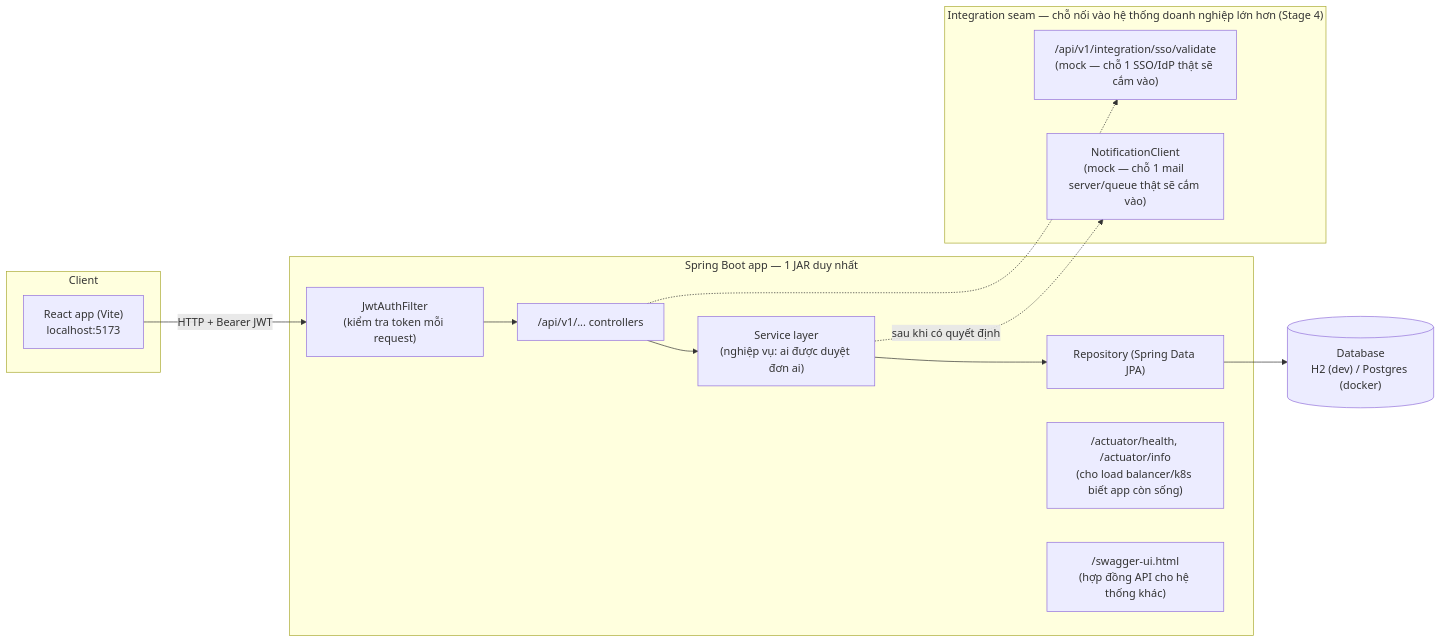
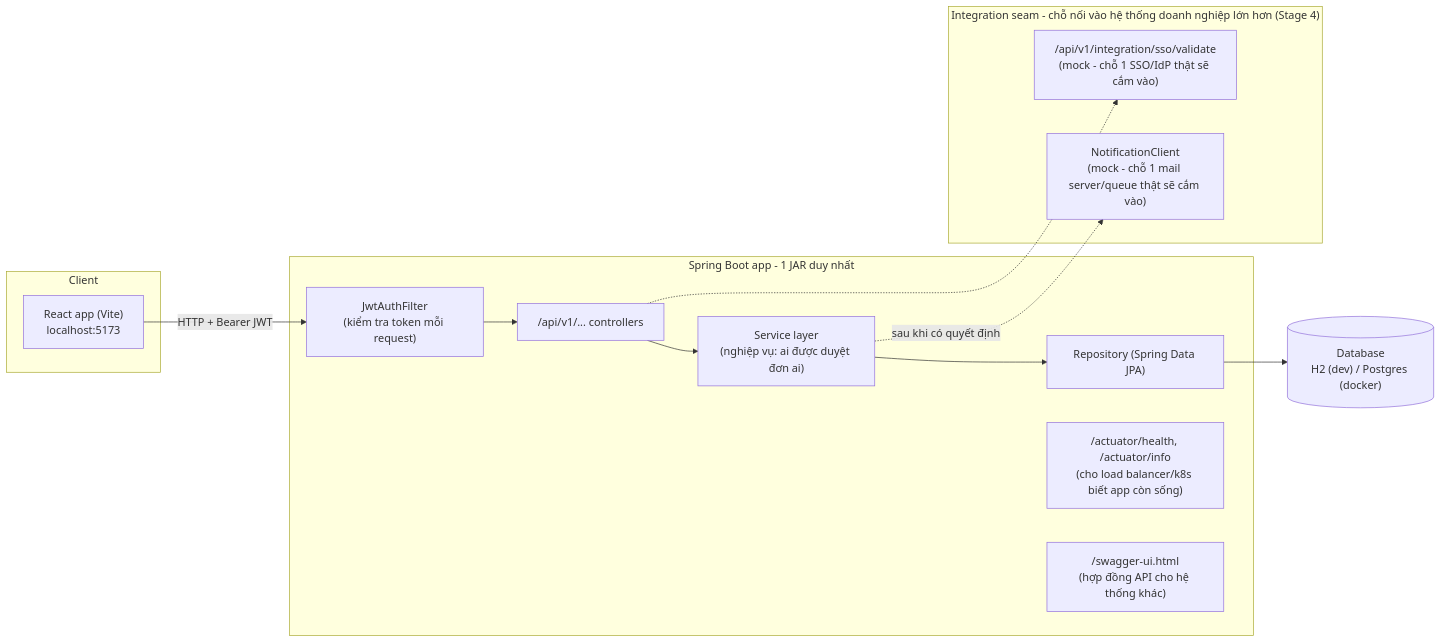
One commit to Lucky160706/Employee-Workflow-and-Leave-Management-Platform changed the diagram in docs/architecture.md. Above: the diagram before and after it, drawn with Mermaid. The commit also changed other lines of this file and 5 other files, not shown here.

````diff
--- a/docs/architecture.md
+++ b/docs/architecture.md
@@ -5,26 +5,26 @@
 ```mermaid
 flowchart LR
     subgraph Client
         FE["React app (Vite)<br/>localhost:5173"]
     end
 
-    subgraph Server["Spring Boot app — 1 JAR duy nhất"]
+    subgraph Server["Spring Boot app - 1 JAR duy nhất"]
         SEC["JwtAuthFilter<br/>(kiểm tra token mỗi request)"]
         API["/api/v1/... controllers"]
         SVC["Service layer<br/>(nghiệp vụ: ai được duyệt đơn ai)"]
         REPO["Repository (Spring Data JPA)"]
         ACT["/actuator/health, /actuator/info<br/>(cho load balancer/k8s biết app còn sống)"]
         SWG["/swagger-ui.html<br/>(hợp đồng API cho hệ thống khác)"]
     end
 
     DB[("Database<br/>H2 (dev) / Postgres (docker)")]
 
-    subgraph Seam["Integration seam — chỗ nối vào hệ thống doanh nghiệp lớn hơn (Stage 4)"]
-        SSO["/api/v1/integration/sso/validate<br/>(mock — chỗ 1 SSO/IdP thật sẽ cắm vào)"]
-        MAIL["NotificationClient<br/>(mock — chỗ 1 mail server/queue thật sẽ cắm vào)"]
+    subgraph Seam["Integration seam - chỗ nối vào hệ thống doanh nghiệp lớn hơn (Stage 4)"]
+        SSO["/api/v1/integration/sso/validate<br/>(mock - chỗ 1 SSO/IdP thật sẽ cắm vào)"]
+        MAIL["NotificationClient<br/>(mock - chỗ 1 mail server/queue thật sẽ cắm vào)"]
     end
 
     FE -->|"HTTP + Bearer JWT"| SEC --> API --> SVC --> REPO --> DB
     SVC -.->|"sau khi có quyết định"| MAIL
     API -.-> SSO
 ```
````
